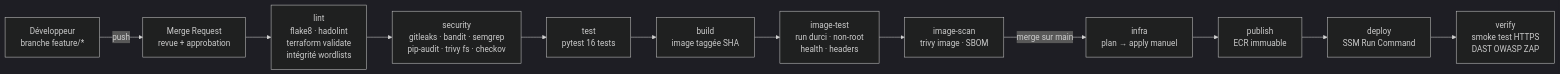
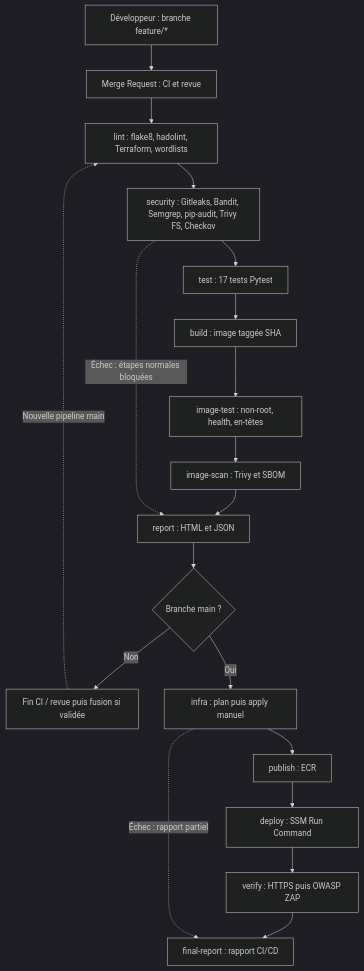
One commit to imeldamague/passcheck changed the second of 2 diagrams in README.md. Above: the diagram before and after it, drawn with Mermaid (dark theme). The commit also changed other lines of this file, not shown here.

Commit message:
docs: update final DevSecOps documentation

````diff
--- a/README.md
+++ b/README.md
@@ -90,14 +96,21 @@
 ```mermaid
-flowchart LR
-    DEV[Développeur<br/>branche feature/*] -->|push| MR[Merge Request<br/>revue + approbation]
-    MR --> L[lint<br/>flake8 · hadolint<br/>terraform validate<br/>intégrité wordlists]
-    L --> S[security<br/>gitleaks · bandit · semgrep<br/>pip-audit · trivy fs · checkov]
-    S --> T[test<br/>pytest 16 tests]
-    T --> B[build<br/>image taggée SHA]
-    B --> IT[image-test<br/>run durci · non-root<br/>health · headers]
-    IT --> IS[image-scan<br/>trivy image · SBOM]
-    IS -->|merge sur main| P[infra<br/>plan → apply manuel]
-    P --> PUB[publish<br/>ECR immuable]
-    PUB --> D[deploy<br/>SSM Run Command]
-    D --> V[verify<br/>smoke test HTTPS<br/>DAST OWASP ZAP]
+flowchart TD
+    DEV["Développeur : branche feature/*"] --> MR["Merge Request : CI et revue"]
+    MR --> L["lint : flake8, hadolint, Terraform, wordlists"]
+    L --> S["security : Gitleaks, Bandit, Semgrep, pip-audit, Trivy FS, Checkov"]
+    S --> T["test : 17 tests Pytest"]
+    T --> B["build : image taggée SHA"]
+    B --> IT["image-test : non-root, health, en-têtes"]
+    IT --> IS["image-scan : Trivy et SBOM"]
+    IS --> R["report : HTML et JSON"]
+    R --> M{"Branche main ?"}
+    M -->|Non| FIN["Fin CI / revue puis fusion si validée"]
+    FIN -. Nouvelle pipeline main .-> L
+    M -->|Oui| P["infra : plan puis apply manuel"]
+    P --> PUB["publish : ECR"]
+    PUB --> D["deploy : SSM Run Command"]
+    D --> V["verify : HTTPS puis OWASP ZAP"]
+    V --> F["final-report : rapport CI/CD"]
+    S -. Échec : étapes normales bloquées .-> R
+    P -. Échec : rapport partiel .-> F
 ```
````
